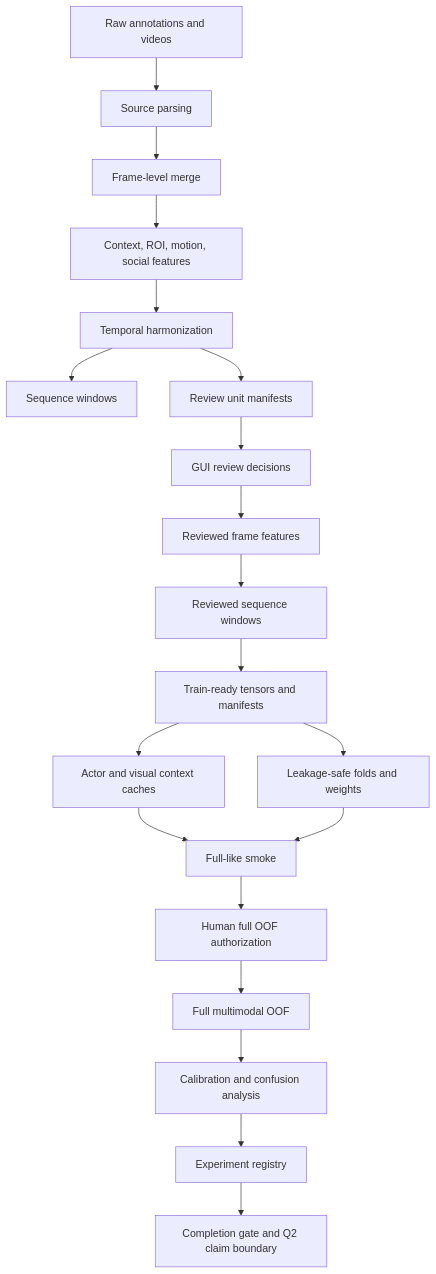
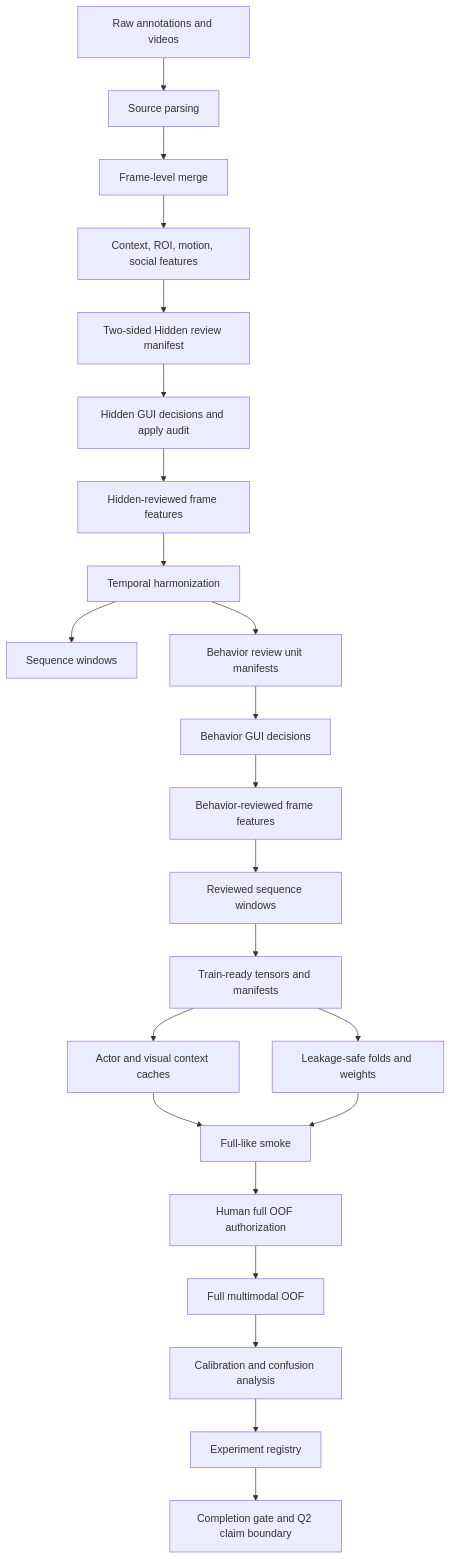
One commit to tuanhmhe186947/q7m4x9v2k8n5r3t6p1 changed the diagram in docs/classification_v2_q2_multimodal_workflow.md. Above: the diagram before and after it, drawn with Mermaid. The commit also changed other lines of this file and 6 other files, not shown here.

Commit message:
docs-classification-v2-hidden-review-workflow

````diff
--- a/docs/classification_v2_q2_multimodal_workflow.md
+++ b/docs/classification_v2_q2_multimodal_workflow.md
@@ -43,22 +48,25 @@
 ```mermaid
 flowchart TD
   A[Raw annotations and videos] --> B[Source parsing]
   B --> C[Frame-level merge]
   C --> D[Context, ROI, motion, social features]
-  D --> E[Temporal harmonization]
-  E --> F[Sequence windows]
-  E --> G[Review unit manifests]
-  G --> H[GUI review decisions]
-  H --> I[Reviewed frame features]
-  I --> J[Reviewed sequence windows]
-  J --> K[Train-ready tensors and manifests]
-  K --> L[Actor and visual context caches]
-  K --> M[Leakage-safe folds and weights]
-  L --> N[Full-like smoke]
-  M --> N
-  N --> O[Human full OOF authorization]
-  O --> P[Full multimodal OOF]
-  P --> Q[Calibration and confusion analysis]
-  Q --> R[Experiment registry]
-  R --> S[Completion gate and Q2 claim boundary]
+  D --> E[Two-sided Hidden review manifest]
+  E --> F[Hidden GUI decisions and apply audit]
+  F --> G[Hidden-reviewed frame features]
+  G --> H[Temporal harmonization]
+  H --> I[Sequence windows]
+  H --> J[Behavior review unit manifests]
+  J --> K[Behavior GUI decisions]
+  K --> L[Behavior-reviewed frame features]
+  L --> M[Reviewed sequence windows]
+  M --> N[Train-ready tensors and manifests]
+  N --> O[Actor and visual context caches]
+  N --> P[Leakage-safe folds and weights]
+  O --> Q[Full-like smoke]
+  P --> Q
+  Q --> R[Human full OOF authorization]
+  R --> S[Full multimodal OOF]
+  S --> T[Calibration and confusion analysis]
+  T --> U[Experiment registry]
+  U --> V[Completion gate and Q2 claim boundary]
 ```
````
